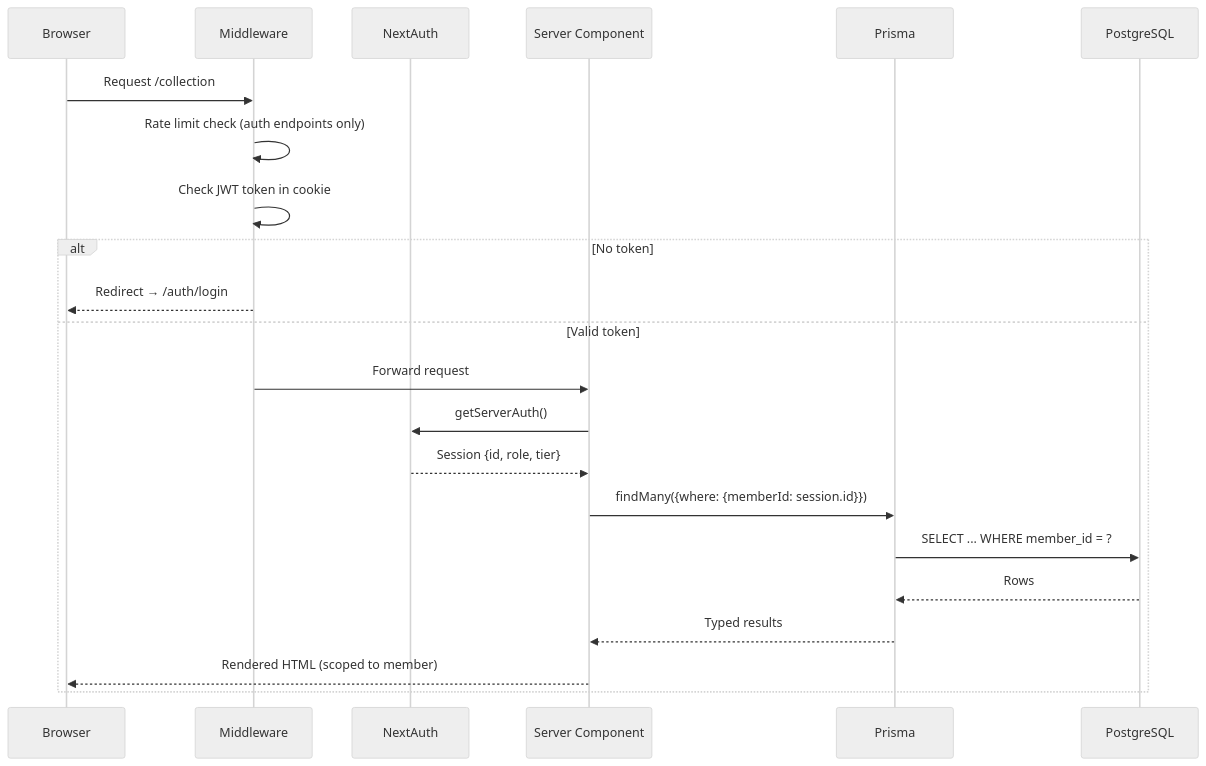
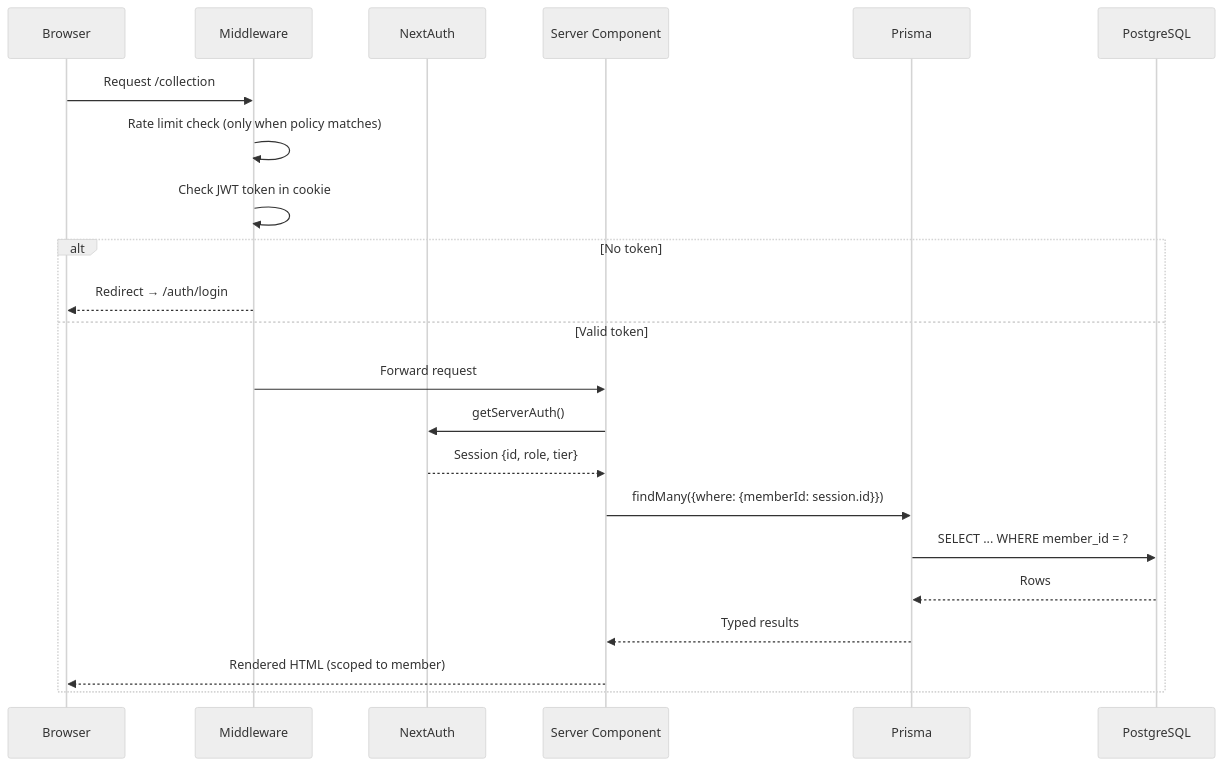
Before and after one commit to nathanielsohn/caveau-app: the fourth of 4 diagrams in docs/ARCHITECTURE.md, drawn with Mermaid (neutral theme). The commit also changed other lines of this file and 28 other files, not shown here.

````diff
--- a/docs/ARCHITECTURE.md
+++ b/docs/ARCHITECTURE.md
@@ -154,25 +163,25 @@
 ```mermaid
 sequenceDiagram
     participant B as Browser
     participant MW as Middleware
     participant NA as NextAuth
     participant SC as Server Component
     participant P as Prisma
     participant DB as PostgreSQL
 
     B->>MW: Request /collection
-    MW->>MW: Rate limit check (auth endpoints only)
+    MW->>MW: Rate limit check (only when policy matches)
     MW->>MW: Check JWT token in cookie
     alt No token
         MW-->>B: Redirect → /auth/login
     else Valid token
         MW->>SC: Forward request
         SC->>NA: getServerAuth()
         NA-->>SC: Session {id, role, tier}
         SC->>P: findMany({where: {memberId: session.id}})
         P->>DB: SELECT ... WHERE member_id = ?
         DB-->>P: Rows
         P-->>SC: Typed results
         SC-->>B: Rendered HTML (scoped to member)
     end
 ```
````
